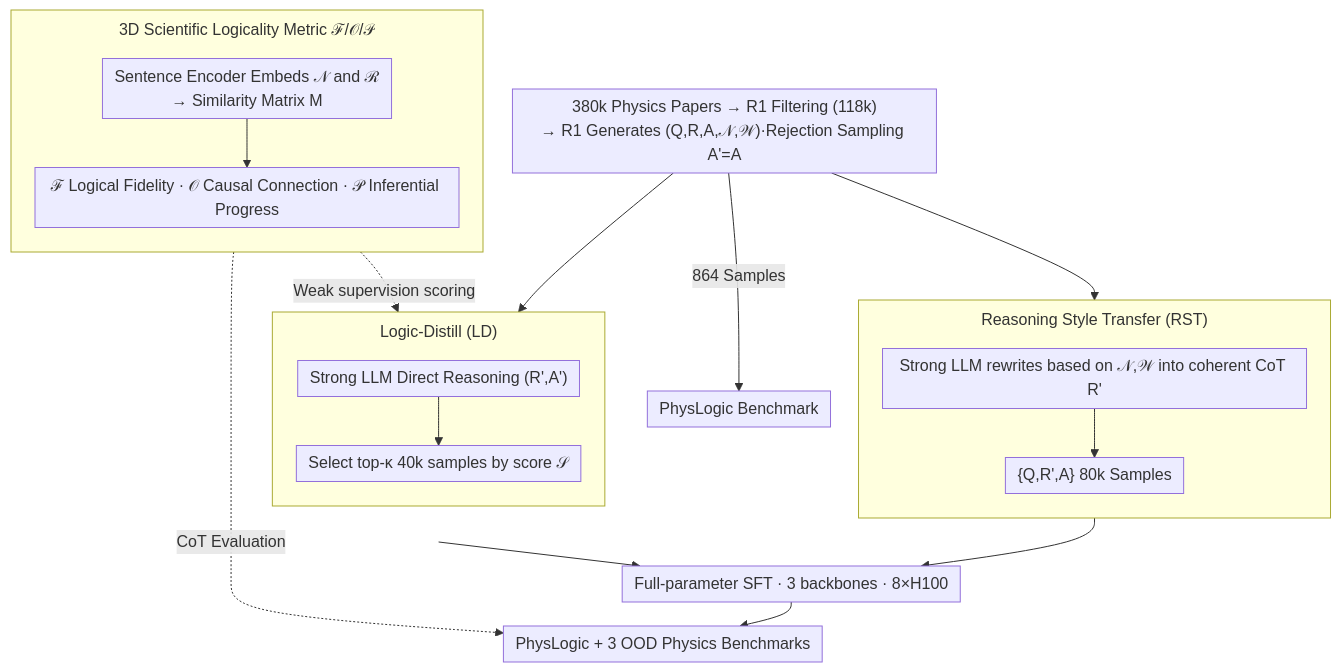
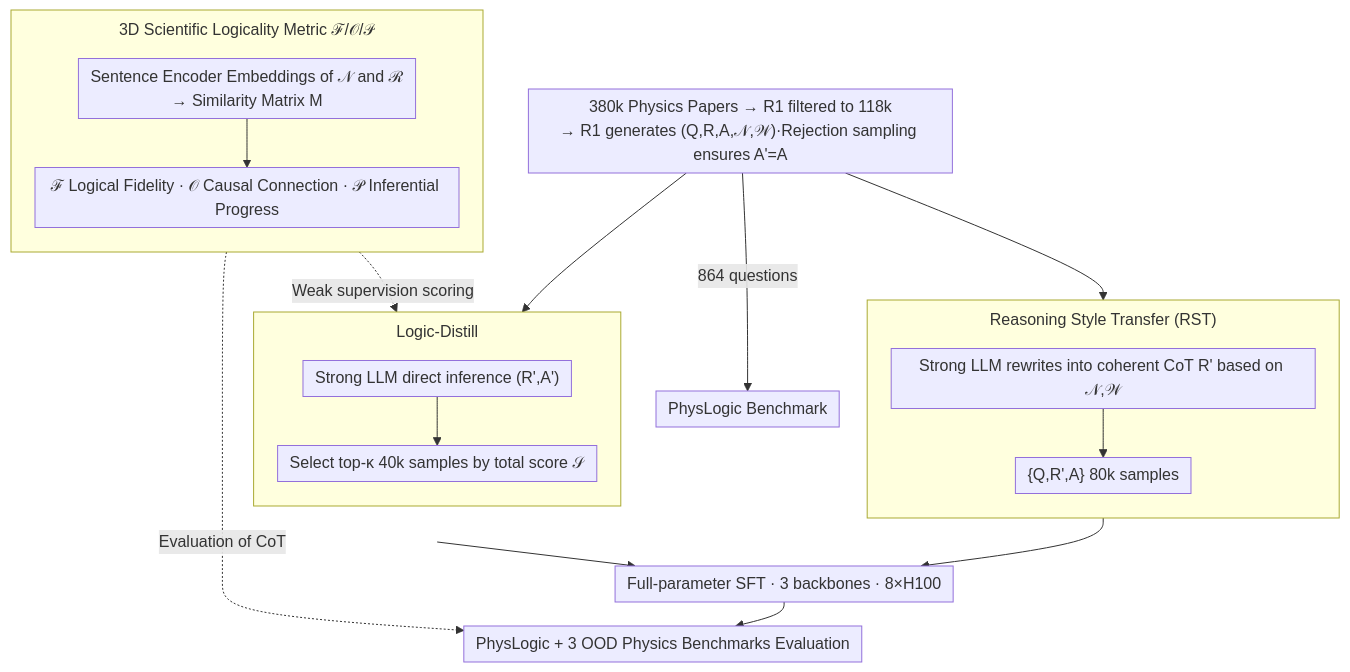
The diagram in docs/ICML2026/llm_reasoning/scientific_logicality_enriched_methodology_for_llm_reasoning_a_practice_in_physi.md (zhaoyang97/Paper-Notes-en), drawn with Mermaid before and after one commit. The commit also changed other lines of this file and 5084 other files, not shown here.

````diff
--- a/docs/ICML2026/llm_reasoning/scientific_logicality_enriched_methodology_for_llm_reasoning_a_practice_in_physi.md
+++ b/docs/ICML2026/llm_reasoning/scientific_logicality_enriched_methodology_for_llm_reasoning_a_practice_in_physi.md
@@ -43,25 +43,25 @@
 ```mermaid
 %%{init: {'flowchart': {'rankSpacing': 24, 'nodeSpacing': 28, 'padding': 6, 'wrappingWidth': 400, 'subGraphTitleMargin': {'top': 8, 'bottom': 16}}}}%%
 flowchart TD
     subgraph METRIC["3D Scientific Logicality Metric ℱ/𝒪/𝒫"]
         direction TB
-        M1["Sentence Encoder Embeds 𝒩 and ℛ<br/>→ Similarity Matrix M"] --> M2["ℱ Logical Fidelity · 𝒪 Causal Connection · 𝒫 Inferential Progress"]
+        M1["Sentence Encoder Embeddings of 𝒩 and ℛ<br/>→ Similarity Matrix M"] --> M2["ℱ Logical Fidelity · 𝒪 Causal Connection · 𝒫 Inferential Progress"]
     end
-    A["380k Physics Papers → R1 Filtering (118k)<br/>→ R1 Generates (Q,R,A,𝒩,𝒲)·Rejection Sampling A'=A"]
-    A -->|864 Samples| BENCH["PhysLogic Benchmark"]
+    A["380k Physics Papers → R1 filtered to 118k<br/>→ R1 generates (Q,R,A,𝒩,𝒲)·Rejection sampling ensures A'=A"]
+    A -->|864 questions| BENCH["PhysLogic Benchmark"]
     A --> RST
     A --> LD
     subgraph RST["Reasoning Style Transfer (RST)"]
         direction TB
-        R1n["Strong LLM rewrites based on 𝒩,𝒲 into coherent CoT R'"] --> R2n["{Q,R',A} 80k Samples"]
+        R1n["Strong LLM rewrites into coherent CoT R' based on 𝒩,𝒲"] --> R2n["{Q,R',A} 80k samples"]
     end
-    subgraph LD["Logic-Distill (LD)"]
+    subgraph LD["Logic-Distill"]
         direction TB
-        L1["Strong LLM Direct Reasoning (R',A')"] --> L2["Select top-κ 40k samples by score 𝒮"]
+        L1["Strong LLM direct inference (R',A')"] --> L2["Select top-κ 40k samples by total score 𝒮"]
     end
     RST --> SFT["Full-parameter SFT · 3 backbones · 8×H100"]
     LD --> SFT
-    SFT --> EVAL["PhysLogic + 3 OOD Physics Benchmarks"]
+    SFT --> EVAL["PhysLogic + 3 OOD Physics Benchmarks Evaluation"]
     METRIC -. Weak supervision scoring .-> L2
-    METRIC -. CoT Evaluation .-> EVAL
+    METRIC -. Evaluation of CoT .-> EVAL
 ```
````
